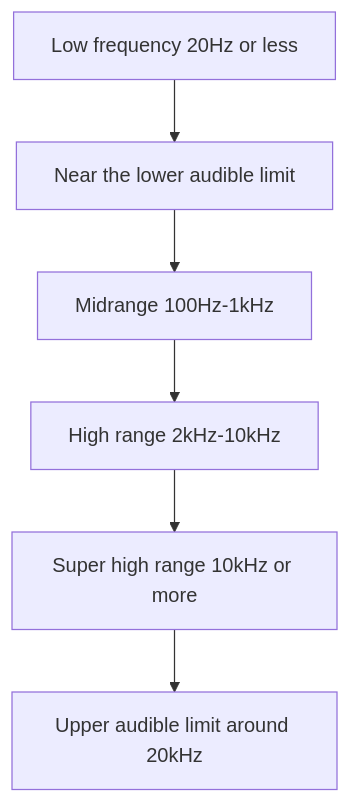
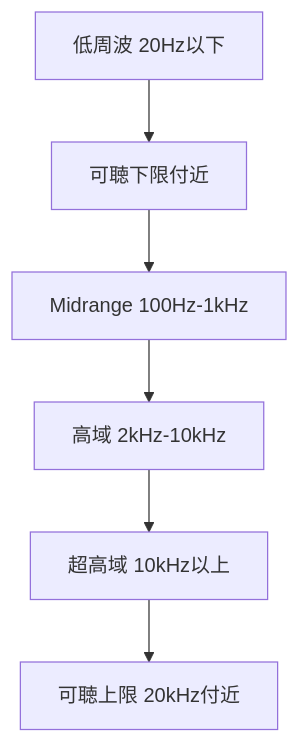
Before and after one commit to monumental-movement/monumental-movement.github.io: the sixth of 11 diagrams in en/_posts/2026-04-18-column-sachiko-m.md, drawn with Mermaid. The commit also changed other lines of this file and 2196 other files, not shown here.

```diff
--- a/en/_posts/2026-04-18-column-sachiko-m.md
+++ b/en/_posts/2026-04-18-column-sachiko-m.md
@@ -316,9 +315,9 @@
 <div class="mermaid">
 flowchart TD
-    A[Low frequency 20Hz or less] --> B[Near the lower audible limit]
+    A[低周波 20Hz以下] --> B[可聴下限付近]
     B --> C[Midrange 100Hz-1kHz]
-    C --> D[High range 2kHz-10kHz]
-    D --> E[Super high range 10kHz or more]
-    E --> F[Upper audible limit around 20kHz]
+    C --> D[高域 2kHz-10kHz]
+    D --> E[超高域 10kHz以上]
+    E --> F[可聴上限 20kHz付近]
 
 </div>
```
